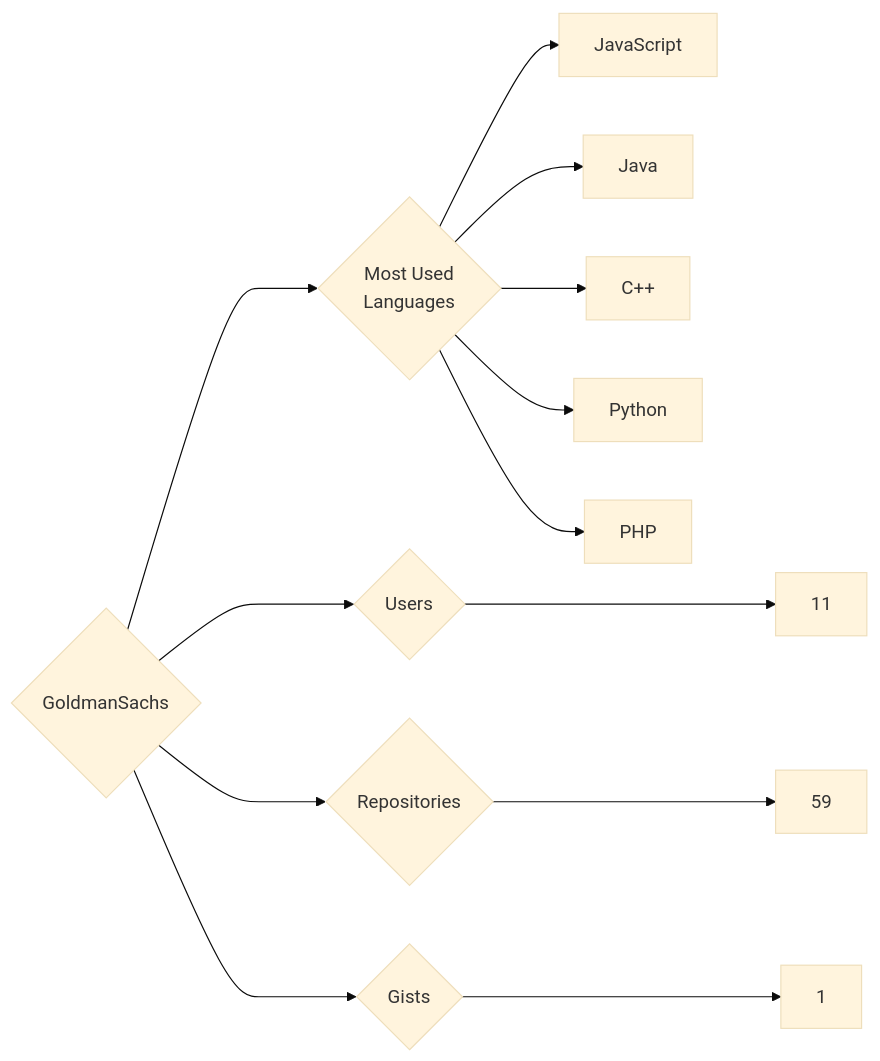
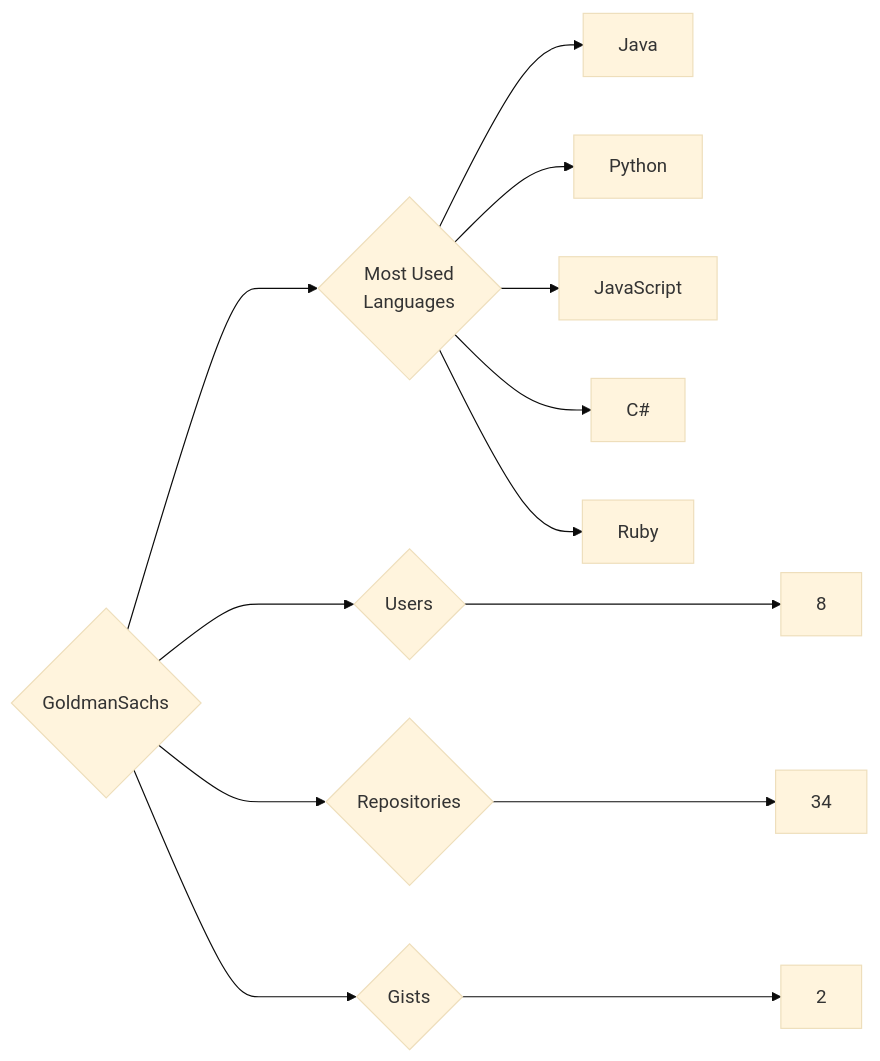
Before and after one commit to trickest/insiders: the diagram in targets/GoldmanSachs/README.md, drawn with Mermaid (base theme). The commit also changed 1167 other files, not shown here.

````diff
--- a/targets/GoldmanSachs/README.md
+++ b/targets/GoldmanSachs/README.md
@@ -3,13 +3,13 @@
 ```mermaid
 graph LR
 COMPANY_NAME{GoldmanSachs}
-COMPANY_NAME ---> U{Users} ---> UN[11]
-COMPANY_NAME ---> R{Repositories} ---> RN[59]
-COMPANY_NAME ---> G{Gists} ---> GN[1]
+COMPANY_NAME ---> U{Users} ---> UN[8]
+COMPANY_NAME ---> R{Repositories} ---> RN[34]
+COMPANY_NAME ---> G{Gists} ---> GN[2]
 COMPANY_NAME ---> ML{Most Used<br>Languages}
+ML --> Java[Java]
+ML --> Python[Python]
 ML --> JavaScript[JavaScript]
-ML --> Java[Java]
-ML --> C++[C++]
-ML --> Python[Python]
-ML --> PHP[PHP]
+ML --> C#[C#]
+ML --> Ruby[Ruby]
 ```
````
